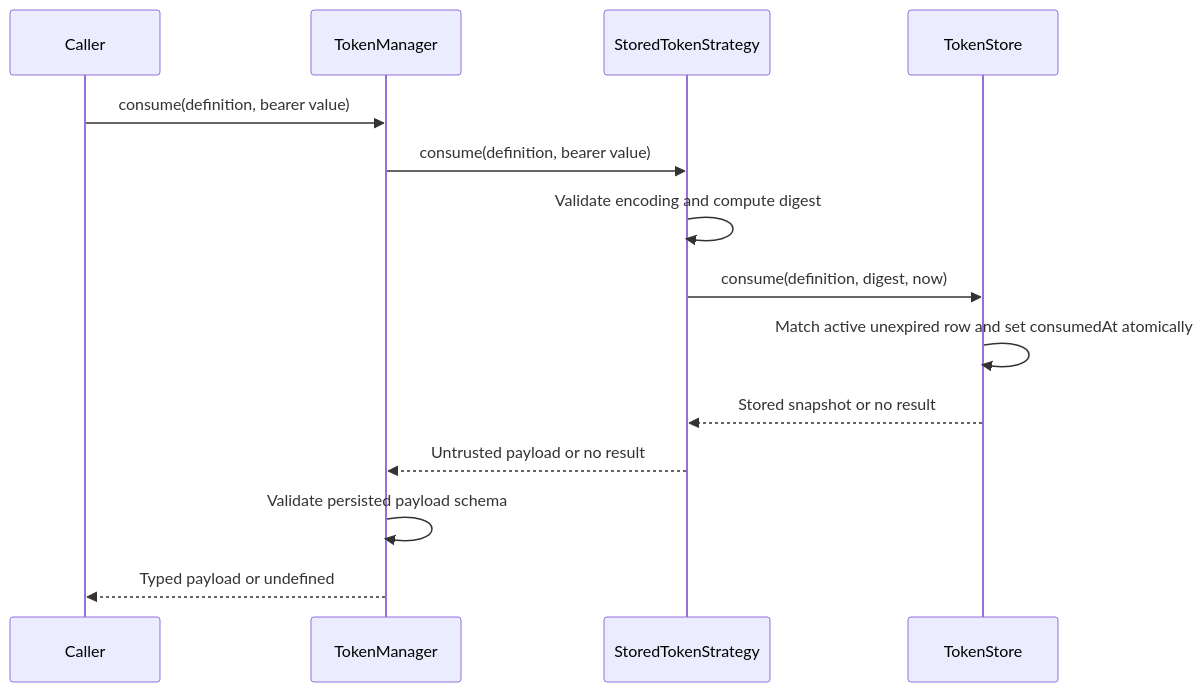
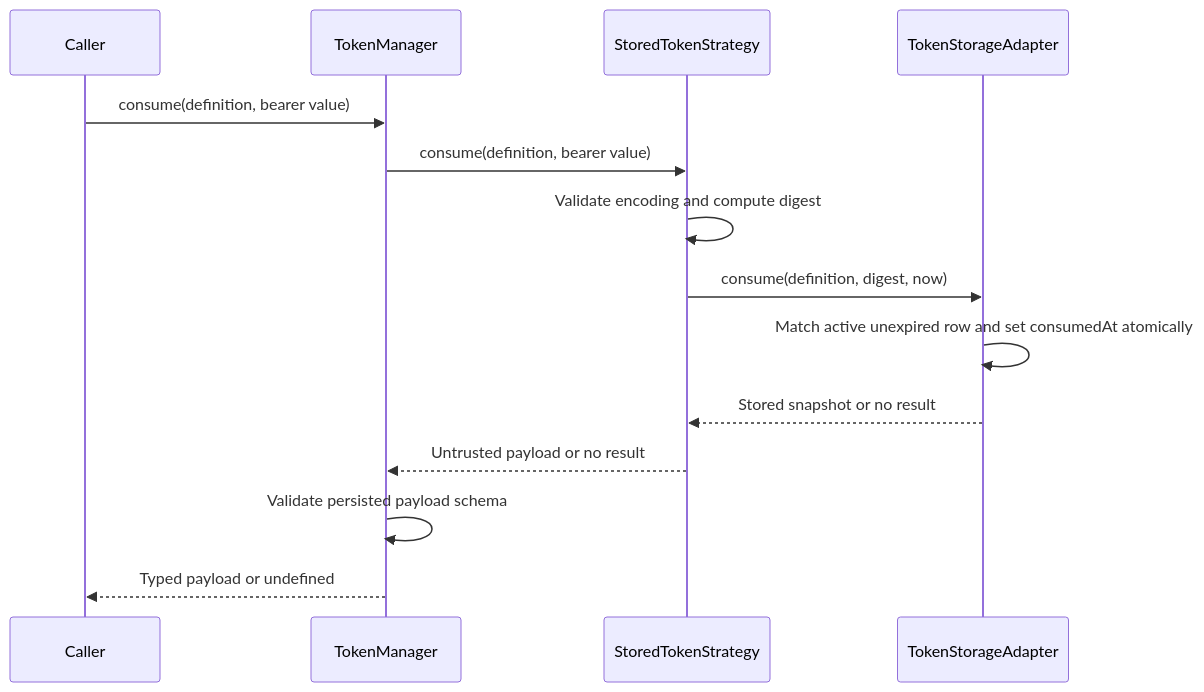
One commit to antarestupin/kestrel-framework changed the third of 5 diagrams in docs/implementation/tokens.md. Above: the diagram before and after it, drawn with Mermaid. The commit also changed other lines of this file and 212 other files, not shown here.

````diff
--- a/docs/implementation/tokens.md
+++ b/docs/implementation/tokens.md
@@ -130,17 +130,17 @@
 ```mermaid
 sequenceDiagram
     participant Caller
     participant Manager as TokenManager
     participant Strategy as StoredTokenStrategy
-    participant Store as TokenStore
+    participant Store as TokenStorageAdapter
 
     Caller->>Manager: consume(definition, bearer value)
     Manager->>Strategy: consume(definition, bearer value)
     Strategy->>Strategy: Validate encoding and compute digest
     Strategy->>Store: consume(definition, digest, now)
     Store->>Store: Match active unexpired row and set consumedAt atomically
     Store-->>Strategy: Stored snapshot or no result
     Strategy-->>Manager: Untrusted payload or no result
     Manager->>Manager: Validate persisted payload schema
     Manager-->>Caller: Typed payload or undefined
 ```
````
